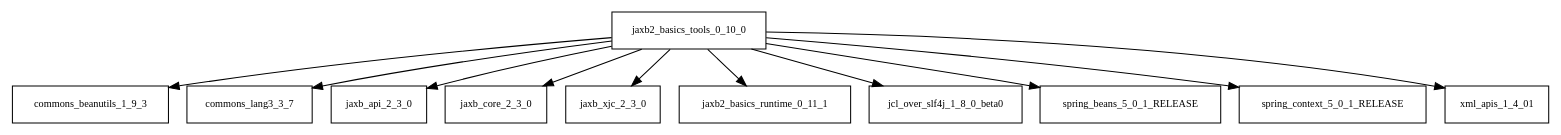
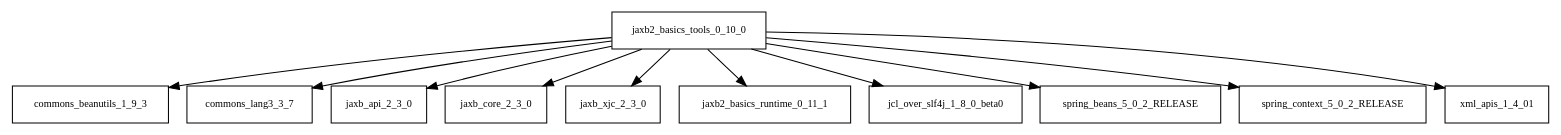
One commit to AglaianWoman/cia changed the diagram in tattleTaleReport/graphviz/jaxb2-basics-tools-0.10.0.jar/jaxb2-basics-tools-0.10.0.jar.dot. Above: the diagram before and after it, drawn with Graphviz. The commit also changed 2727 other files, not shown here.

```diff
--- a/tattleTaleReport/graphviz/jaxb2-basics-tools-0.10.0.jar/jaxb2-basics-tools-0.10.0.jar.dot
+++ b/tattleTaleReport/graphviz/jaxb2-basics-tools-0.10.0.jar/jaxb2-basics-tools-0.10.0.jar.dot
@@ -1,13 +1,13 @@
 digraph jaxb2_basics_tools_0_10_0_dependencies {
   node [shape = box, fontsize=10.0];
   jaxb2_basics_tools_0_10_0 -> commons_beanutils_1_9_3;
   jaxb2_basics_tools_0_10_0 -> commons_lang3_3_7;
   jaxb2_basics_tools_0_10_0 -> jaxb_api_2_3_0;
   jaxb2_basics_tools_0_10_0 -> jaxb_core_2_3_0;
   jaxb2_basics_tools_0_10_0 -> jaxb_xjc_2_3_0;
   jaxb2_basics_tools_0_10_0 -> jaxb2_basics_runtime_0_11_1;
   jaxb2_basics_tools_0_10_0 -> jcl_over_slf4j_1_8_0_beta0;
-  jaxb2_basics_tools_0_10_0 -> spring_beans_5_0_1_RELEASE;
-  jaxb2_basics_tools_0_10_0 -> spring_context_5_0_1_RELEASE;
+  jaxb2_basics_tools_0_10_0 -> spring_beans_5_0_2_RELEASE;
+  jaxb2_basics_tools_0_10_0 -> spring_context_5_0_2_RELEASE;
   jaxb2_basics_tools_0_10_0 -> xml_apis_1_4_01;
 }
```
